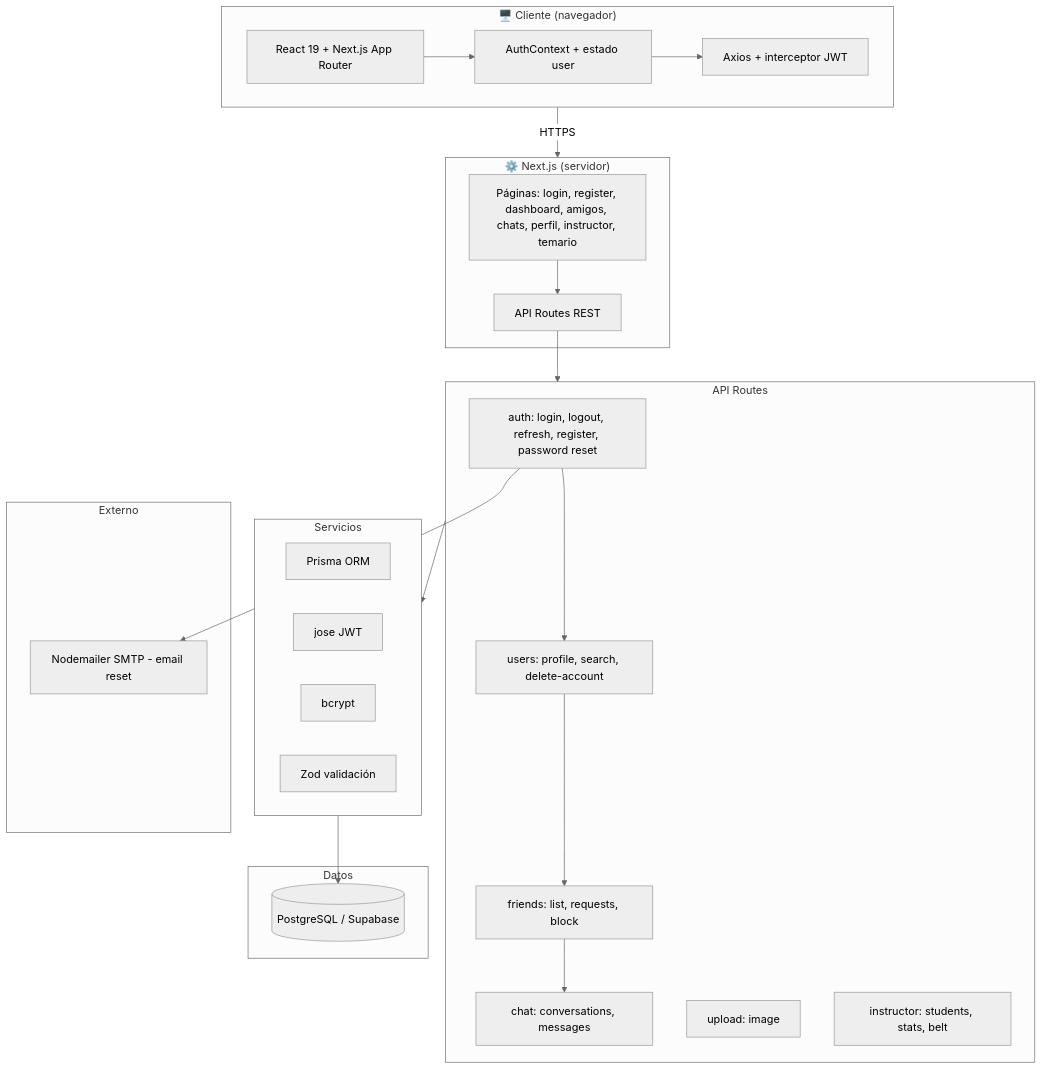
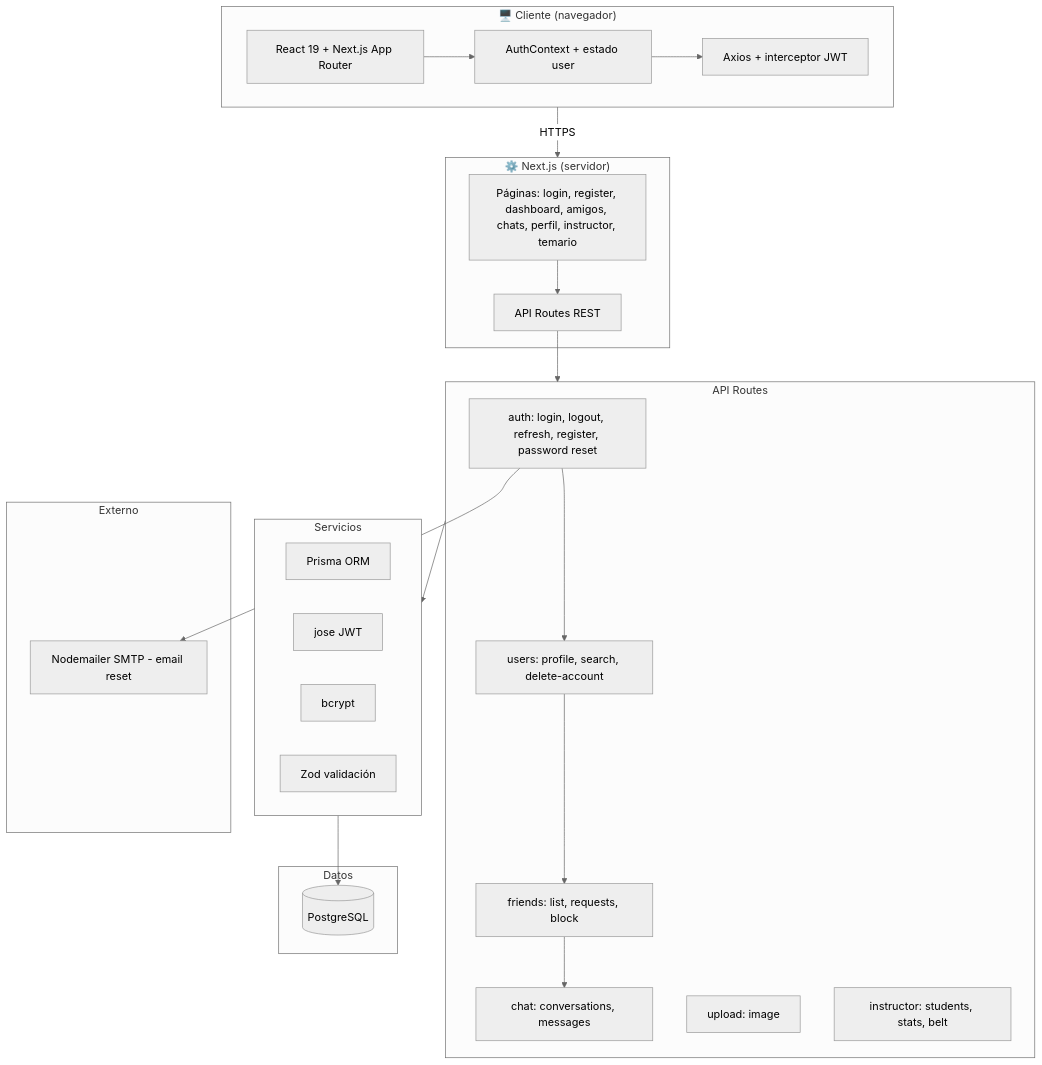
One commit to marioscorner/TAEKWONDO_MGG changed the first of 2 diagrams in docs/DIAGRAMA_ARQUITECTURA.md. Above: the diagram before and after it, drawn with Mermaid (neutral theme). The commit also changed other lines of this file and 1 other file, not shown here.

Commit message:
docs: actualizar documentación - base de datos ya no en Supabase (solo PostgreSQL)
Made-with: Cursor

````diff
--- a/docs/DIAGRAMA_ARQUITECTURA.md
+++ b/docs/DIAGRAMA_ARQUITECTURA.md
@@ -19,49 +19,49 @@
 ```mermaid
 flowchart TB
     subgraph CLIENTE["🖥️ Cliente (navegador)"]
         UI[React 19 + Next.js App Router]
         AUTH_CTX[AuthContext + estado user]
         AXIOS[Axios + interceptor JWT]
         UI --> AUTH_CTX
         AUTH_CTX --> AXIOS
     end
 
     subgraph NEXT["⚙️ Next.js (servidor)"]
         PAGES[Páginas: login, register, dashboard, amigos, chats, perfil, instructor, temario]
         API[API Routes REST]
         PAGES --> API
     end
 
     subgraph API_GRUPOS["API Routes"]
         AUTH_API[auth: login, logout, refresh, register, password reset]
         USERS_API[users: profile, search, delete-account]
         FRIENDS_API[friends: list, requests, block]
         CHAT_API[chat: conversations, messages]
         UPLOAD_API[upload: image]
         INSTRUCTOR_API[instructor: students, stats, belt]
         AUTH_API --> USERS_API
         USERS_API --> FRIENDS_API
         FRIENDS_API --> CHAT_API
     end
 
     subgraph SERVICIOS["Servicios"]
         PRISMA[Prisma ORM]
         JWT[jose JWT]
         BCRYPT[bcrypt]
         ZOD[Zod validación]
     end
 
     subgraph DATOS["Datos"]
-        PG[(PostgreSQL / Supabase)]
+        PG[(PostgreSQL)]
     end
 
     subgraph EXTERNO["Externo"]
         SMTP[Nodemailer SMTP - email reset]
     end
 
     CLIENTE -->|HTTPS| NEXT
     API --> API_GRUPOS
     API_GRUPOS --> SERVICIOS
     SERVICIOS --> PG
     AUTH_API --> SMTP
 ```
````
